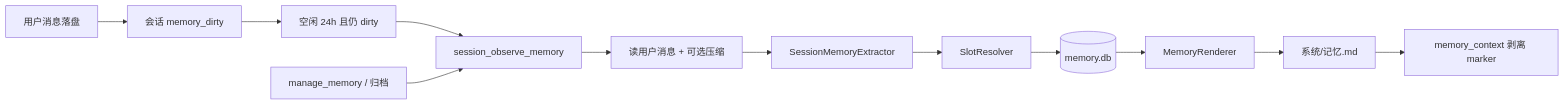
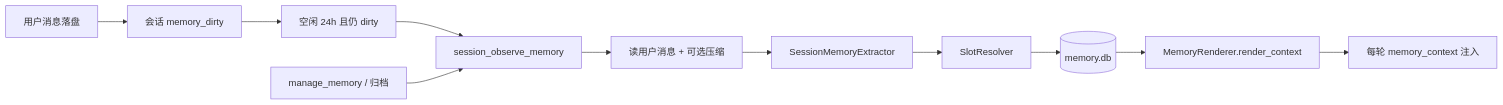
One commit to cnwinds/lore-chat changed the diagram in docs/superpowers/specs/2026-08-07-memory-extraction-redesign.md. Above: the diagram before and after it, drawn with Mermaid. The commit also changed other lines of this file and 20 other files, not shown here.

````diff
--- a/docs/superpowers/specs/2026-08-07-memory-extraction-redesign.md
+++ b/docs/superpowers/specs/2026-08-07-memory-extraction-redesign.md
@@ -60,14 +62,13 @@
 ```mermaid
 flowchart LR
     MSG[用户消息落盘] --> DIRTY[会话 memory_dirty]
     DIRTY --> IDLE[空闲 24h 且仍 dirty]
     IDLE --> JOB[session_observe_memory]
     EXPLICIT[manage_memory / 归档] --> JOB
     JOB --> READ[读用户消息 + 可选压缩]
     READ --> EXT[SessionMemoryExtractor]
     EXT --> RES[SlotResolver]
     RES --> MDB[(memory.db)]
-    MDB --> RENDER[MemoryRenderer]
-    RENDER --> MFILE[系统/记忆.md]
-    MFILE --> INJECT[memory_context 剥离 marker]
+    MDB --> RENDER[MemoryRenderer.render_context]
+    RENDER --> INJECT[每轮 memory_context 注入]
 ```
````
